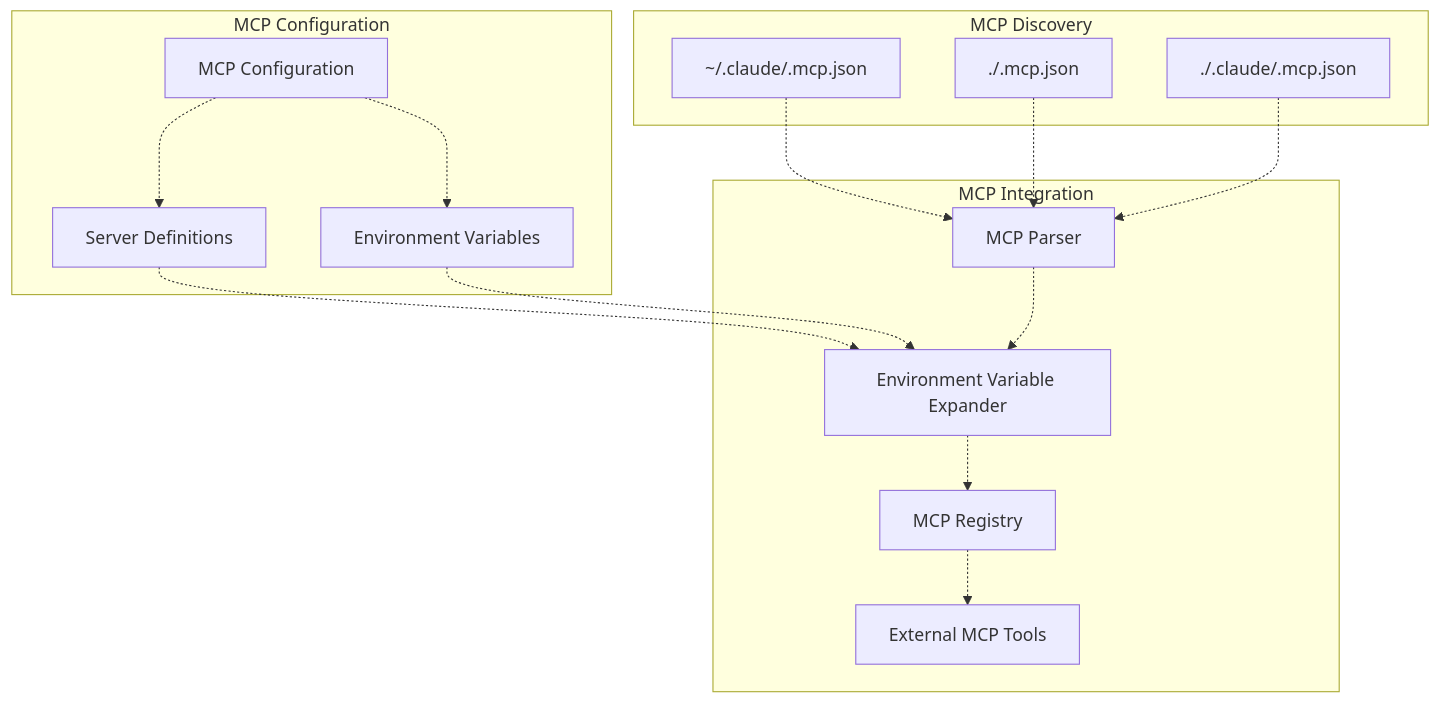
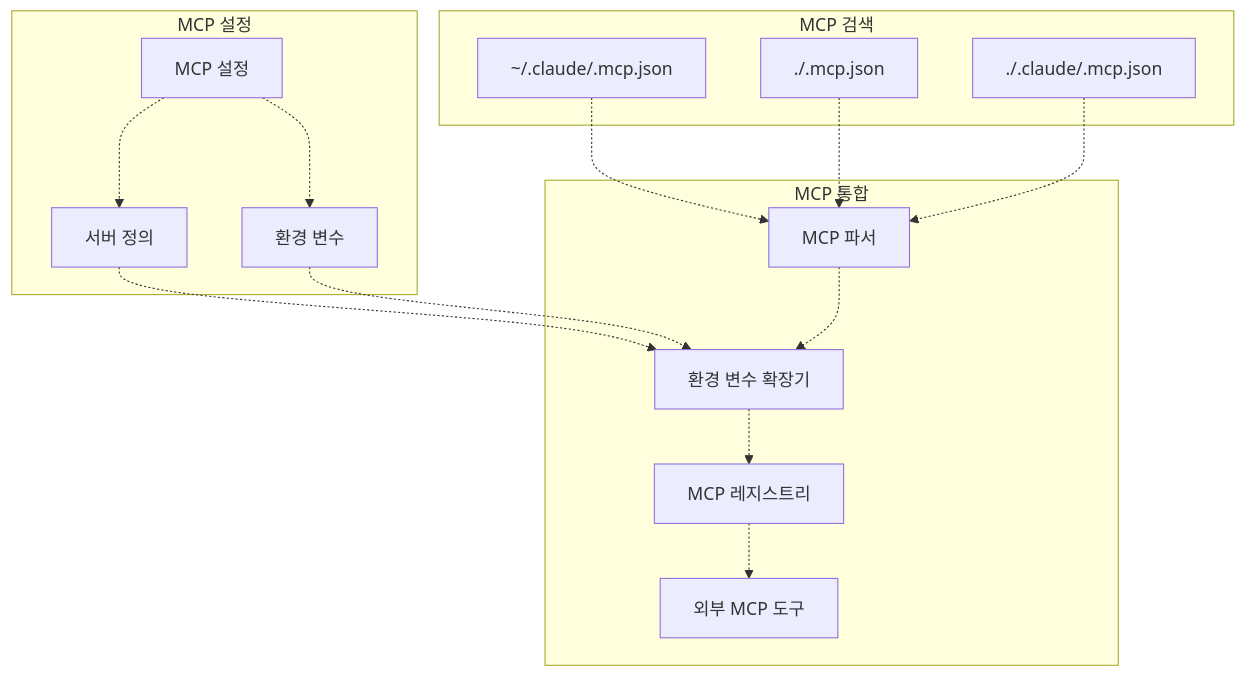
One commit to felipetruman/oh-my-opencode-docs changed the sixth of 11 diagrams in docs/compatibility/claude-code-compatibility.md. Above: the diagram before and after it, drawn with Mermaid. The commit also changed other lines of this file and 76 other files, not shown here.

````diff
--- a/docs/compatibility/claude-code-compatibility.md
+++ b/docs/compatibility/claude-code-compatibility.md
@@ -381,44 +381,44 @@
 ```mermaid
 flowchart TD
 
 UserMCP["~/.claude/.mcp.json"]
 ProjectRootMCP["./.mcp.json"]
 ProjectClaudeMCP["./.claude/.mcp.json"]
-MCPConfig["MCP Configuration"]
-EnvVars["Environment Variables"]
-ServerDefinitions["Server Definitions"]
-MCPParser["MCP Parser"]
-EnvExpander["Environment Variable Expander"]
-MCPRegistry["MCP Registry"]
-ExternalTools["External MCP Tools"]
+MCPConfig["MCP 설정"]
+EnvVars["환경 변수"]
+ServerDefinitions["서버 정의"]
+MCPParser["MCP 파서"]
+EnvExpander["환경 변수 확장기"]
+MCPRegistry["MCP 레지스트리"]
+ExternalTools["외부 MCP 도구"]
 
 UserMCP -.-> MCPParser
 ProjectRootMCP -.-> MCPParser
 ProjectClaudeMCP -.-> MCPParser
 ServerDefinitions -.-> EnvExpander
 EnvVars -.-> EnvExpander
 
-subgraph subGraph2 ["MCP Integration"]
+subgraph subGraph2 ["MCP 통합"]
     MCPParser
     EnvExpander
     MCPRegistry
     ExternalTools
     MCPParser -.-> EnvExpander
     EnvExpander -.-> MCPRegistry
     MCPRegistry -.-> ExternalTools
 end
 
-subgraph subGraph1 ["MCP Configuration"]
+subgraph subGraph1 ["MCP 설정"]
     MCPConfig
     EnvVars
     ServerDefinitions
     MCPConfig -.-> EnvVars
     MCPConfig -.-> ServerDefinitions
 end
 
-subgraph subGraph0 ["MCP Discovery"]
+subgraph subGraph0 ["MCP 검색"]
     UserMCP
     ProjectRootMCP
     ProjectClaudeMCP
 end
 ```
````
